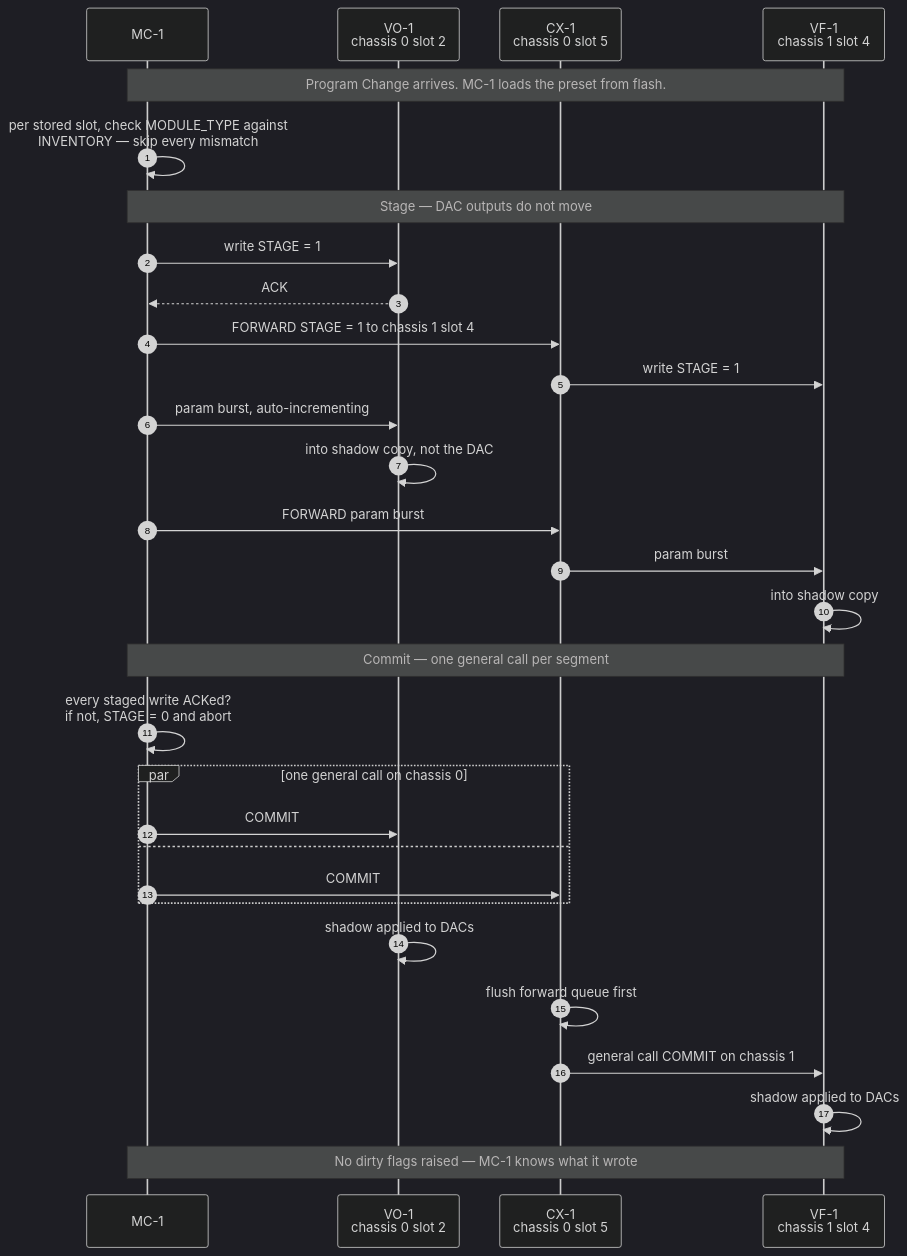
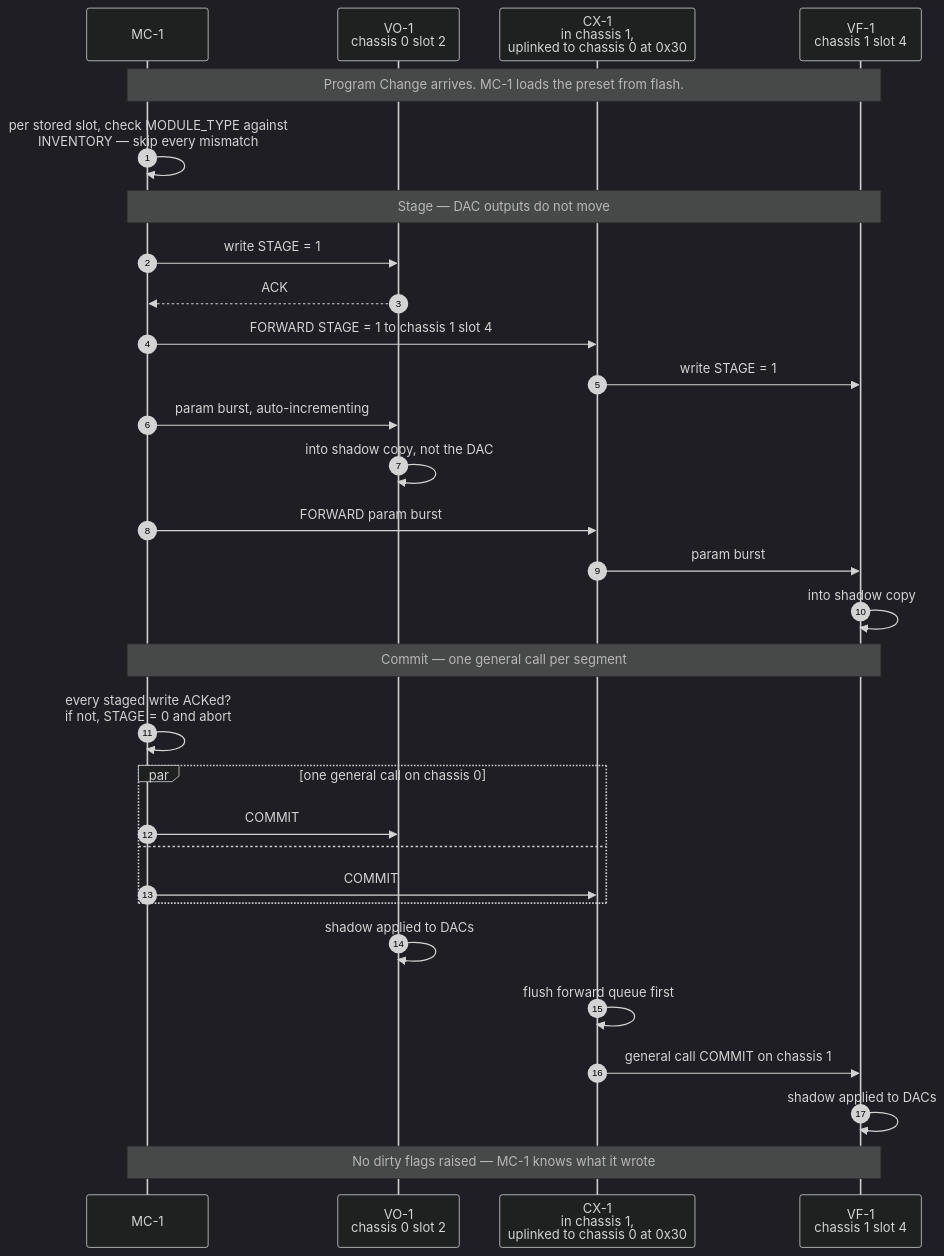
The third of 3 diagrams in BUS.md (rvodden/fluxtron), drawn with Mermaid (dark theme) before and after one commit. The commit also changed other lines of this file and 1 other file, not shown here.

````diff
--- a/BUS.md
+++ b/BUS.md
@@ -600,37 +617,37 @@
 ```mermaid
 sequenceDiagram
     autonumber
     participant MC1 as MC-1
     participant VO1 as VO-1<br/>chassis 0 slot 2
-    participant CX1 as CX-1<br/>chassis 0 slot 5
+    participant CX1 as CX-1<br/>in chassis 1,<br/>uplinked to chassis 0 at 0x30
     participant VF1 as VF-1<br/>chassis 1 slot 4
 
     Note over MC1,VF1: Program Change arrives. MC-1 loads the preset from flash.
     MC1->>MC1: per stored slot, check MODULE_TYPE against<br/>INVENTORY — skip every mismatch
 
     Note over MC1,VF1: Stage — DAC outputs do not move
     MC1->>VO1: write STAGE = 1
     VO1-->>MC1: ACK
     MC1->>CX1: FORWARD STAGE = 1 to chassis 1 slot 4
     CX1->>VF1: write STAGE = 1
     MC1->>VO1: param burst, auto-incrementing
     VO1->>VO1: into shadow copy, not the DAC
     MC1->>CX1: FORWARD param burst
     CX1->>VF1: param burst
     VF1->>VF1: into shadow copy
 
     Note over MC1,VF1: Commit — one general call per segment
     MC1->>MC1: every staged write ACKed?<br/>if not, STAGE = 0 and abort
 
     par one general call on chassis 0
         MC1->>VO1: COMMIT
     and
         MC1->>CX1: COMMIT
     end
 
     VO1->>VO1: shadow applied to DACs
     CX1->>CX1: flush forward queue first
     CX1->>VF1: general call COMMIT on chassis 1
     VF1->>VF1: shadow applied to DACs
     Note over MC1,VF1: No dirty flags raised — MC-1 knows what it wrote
 ```
````
